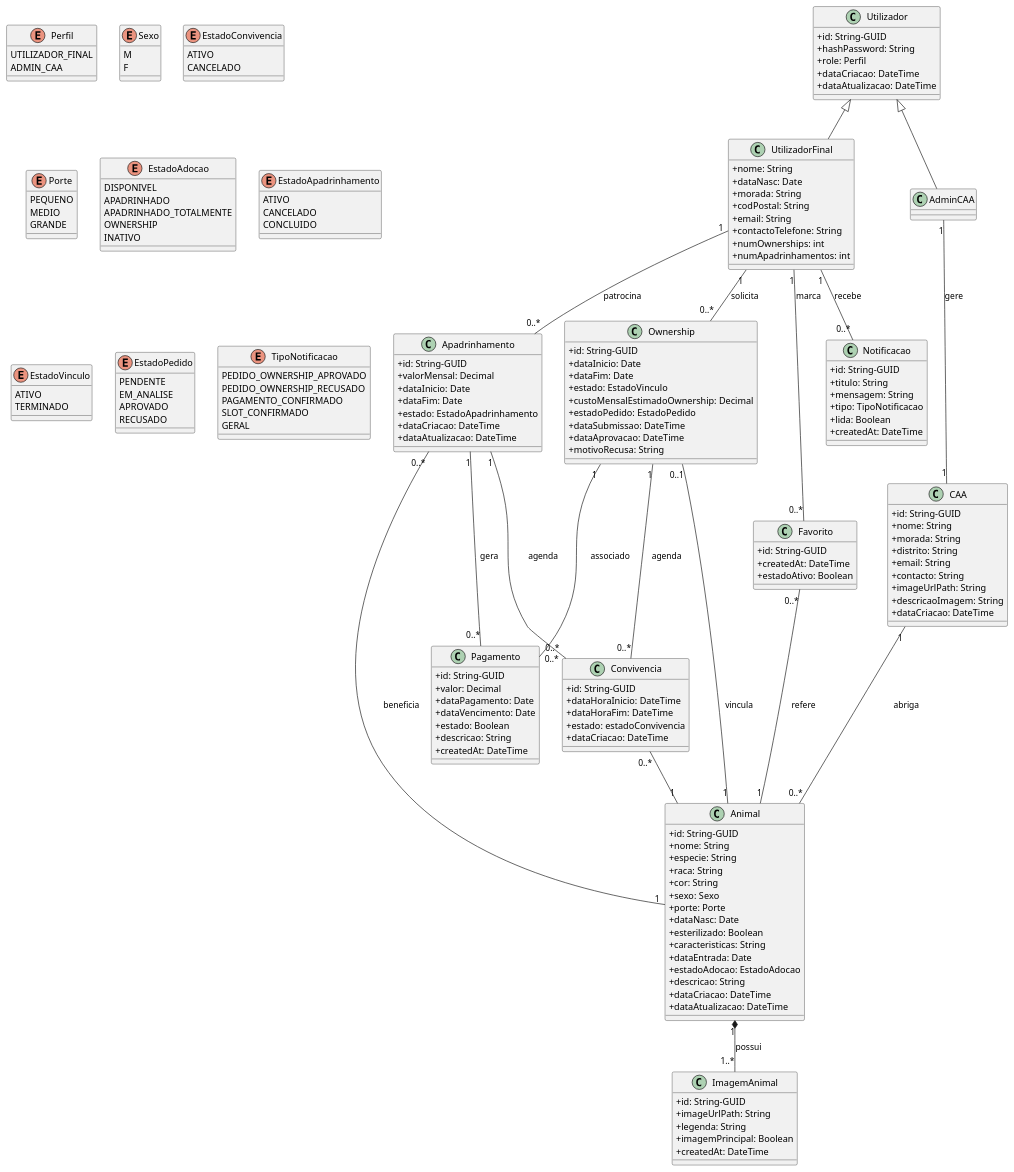
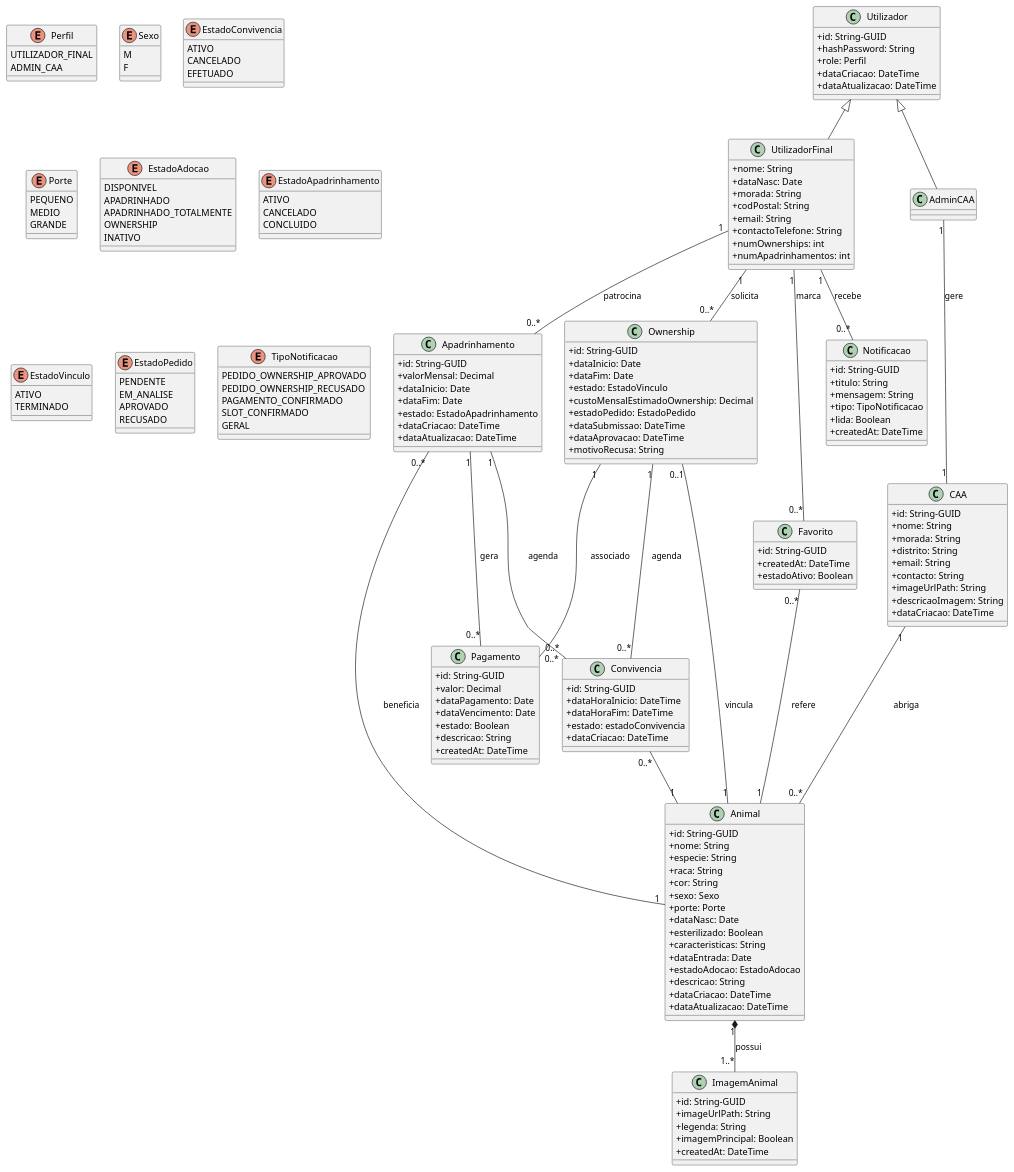
The diagram in artefactos_tecnicos/diagramas/DiagramaClasses.puml (see-paw/project-artifacts), drawn with PlantUML before and after one commit.

```diff
--- a/artefactos_tecnicos/diagramas/DiagramaClasses.puml
+++ b/artefactos_tecnicos/diagramas/DiagramaClasses.puml
@@ -142,6 +142,7 @@
 enum EstadoConvivencia {
   ATIVO
   CANCELADO
+  EFETUADO
 }
 
 enum Porte {
```
